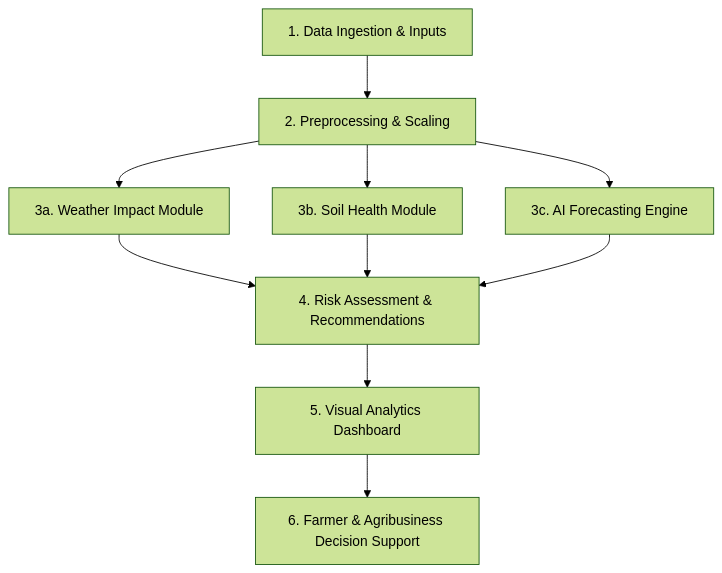
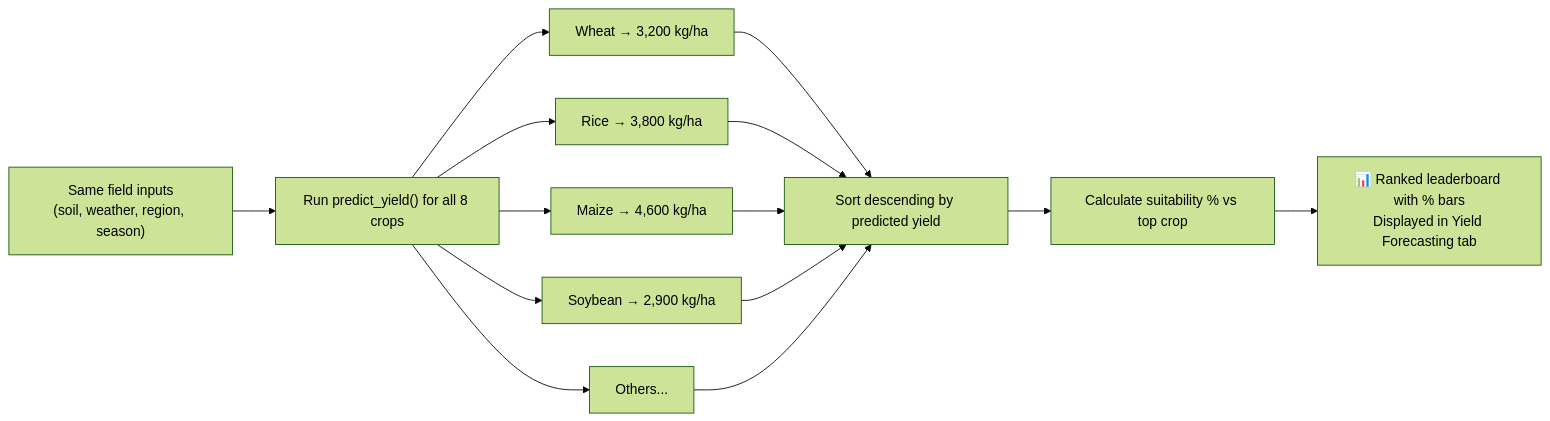
The third of 5 diagrams in README.md (Yash191220/Yashraj_-Crop-Yield-Prediction-Agricultural-Productivity-Forecasting-System), drawn with Mermaid (forest theme) before and after one commit. The commit also changed other lines of this file and 19 other files, not shown here.

Commit message:
Refactor UI, update README with architecture diagrams, add crop recommendations, and clean project files

````diff
--- a/README.md
+++ b/README.md
@@ -132,12 +107,16 @@
 ```mermaid
-flowchart TD
-    A["1. Data Ingestion & Inputs"] --> B["2. Preprocessing & Scaling"]
-    B --> C1["3a. Weather Impact Module"]
-    B --> C2["3b. Soil Health Module"]
-    B --> C3["3c. AI Forecasting Engine"]
-    C1 --> D["4. Risk Assessment & Recommendations"]
-    C2 --> D
-    C3 --> D
-    D --> E["5. Visual Analytics Dashboard"]
-    E --> F["6. Farmer & Agribusiness Decision Support"]
+flowchart LR
+    A["Same field inputs\n(soil, weather, region, season)"]
+    B["Run predict_yield() for all 8 crops"]
+    C1["Wheat → 3,200 kg/ha"]
+    C2["Rice → 3,800 kg/ha"]
+    C3["Maize → 4,600 kg/ha"]
+    C4["Soybean → 2,900 kg/ha"]
+    C5["Others..."]
+    D["Sort descending by predicted yield"]
+    E["Calculate suitability % vs top crop"]
+    F["📊 Ranked leaderboard with % bars\nDisplayed in Yield Forecasting tab"]
+
+    A --> B --> C1 & C2 & C3 & C4 & C5
+    C1 & C2 & C3 & C4 & C5 --> D --> E --> F
 ```
````
